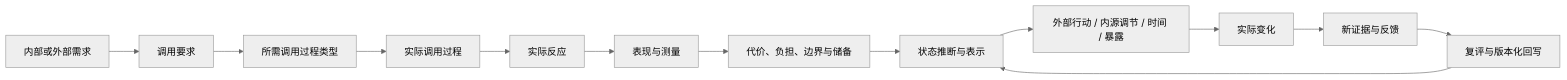
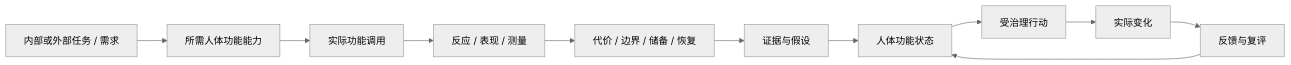
The diagram in README.zh-CN.md (dlehche/MoveTips-Unified-Functional-Ontology), drawn with Mermaid (neutral theme) before and after one commit. The commit also changed other lines of this file and 23 other files, not shown here.

````diff
--- a/README.zh-CN.md
+++ b/README.zh-CN.md
@@ -115,15 +89,13 @@
 ```mermaid
 flowchart LR
-    D[内部或外部需求] --> ER[调用要求]
-    ER --> REP[所需调用过程类型]
-    REP --> AEP[实际调用过程]
-    AEP --> AR[实际反应]
-    AR --> E[表现与测量]
-    E --> C[代价、负担、边界与储备]
-    C --> SI[状态推断与表示]
-    SI --> G[外部行动 / 内源调节 / 时间 / 暴露]
-    G --> AC[实际变化]
-    AC --> F[新证据与反馈]
-    F --> R[复评与版本化回写]
-    R --> SI
+    T[内部或外部任务 / 需求] --> RC[所需人体功能能力]
+    RC --> FE[实际功能调用]
+    FE --> R[反应 / 表现 / 测量]
+    R --> C[代价 / 边界 / 储备 / 恢复]
+    C --> E[证据与假设]
+    E --> S[人体功能状态]
+    S --> A[受治理行动]
+    A --> CH[实际变化]
+    CH --> FB[反馈与复评]
+    FB --> S
 ```
````
